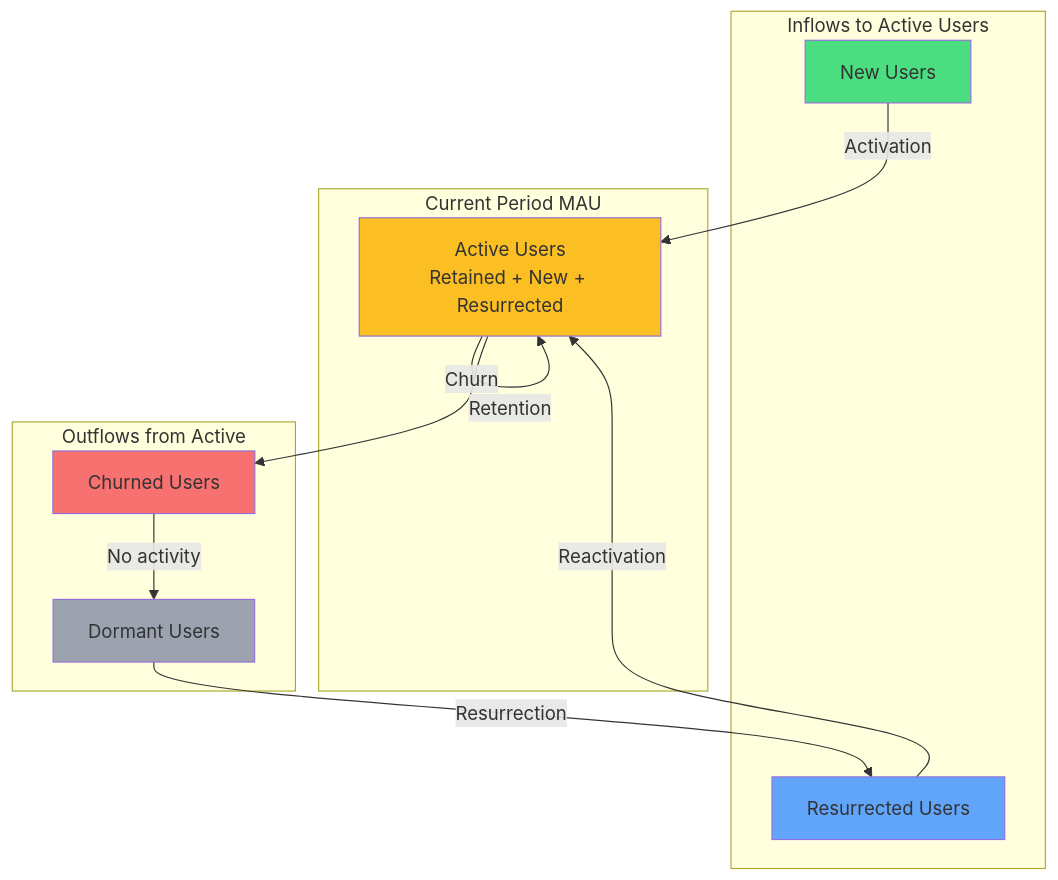
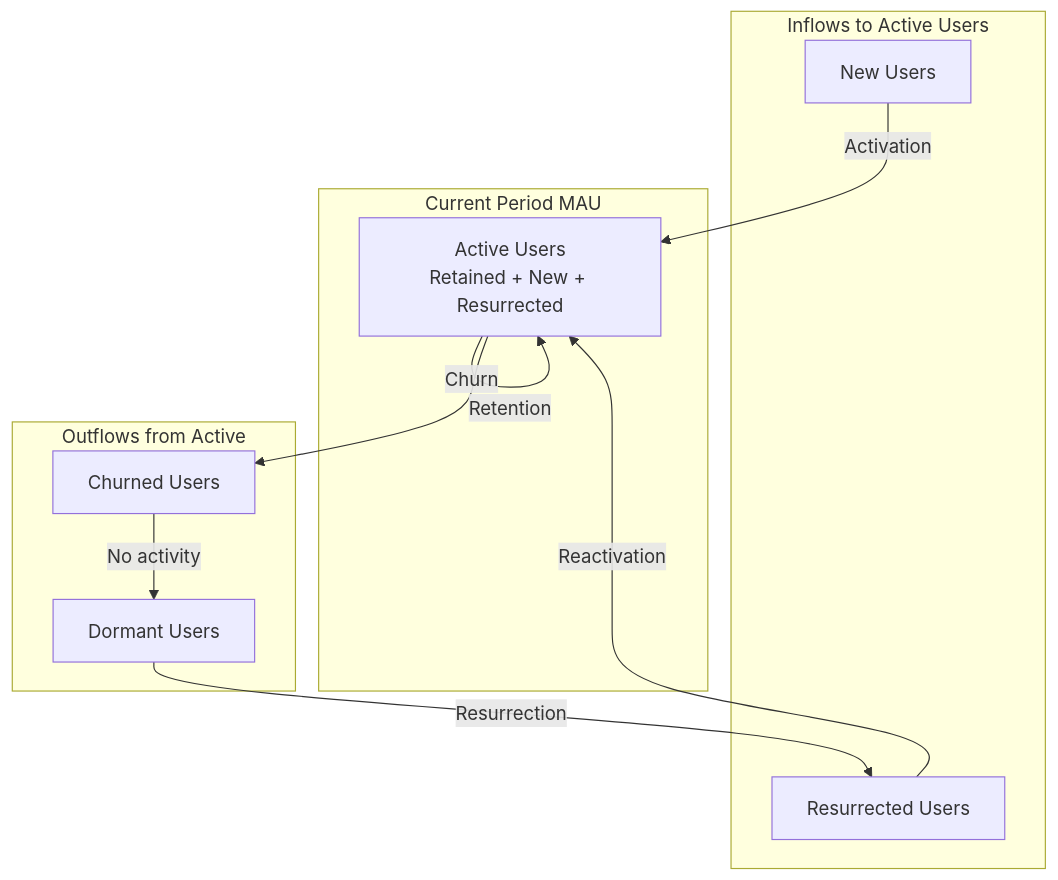
Before and after one commit to victoremnm/victoremnm.github.io: the first of 4 diagrams in src/content/resources/growth-accounting-framework.md, drawn with Mermaid.

Commit message:
style: Remove custom colors from first mermaid chart

````diff
--- a/src/content/resources/growth-accounting-framework.md
+++ b/src/content/resources/growth-accounting-framework.md
@@ -24,29 +24,23 @@
 ```mermaid
 flowchart TB
     subgraph Inflows["Inflows to Active Users"]
         NEW[New Users]
         RES[Resurrected Users]
     end
 
     subgraph Current["Current Period MAU"]
         ACTIVE[Active Users<br/>Retained + New + Resurrected]
     end
 
     subgraph Outflows["Outflows from Active"]
         CHURNED[Churned Users]
         DORMANT[Dormant Users]
     end
 
     NEW -->|Activation| ACTIVE
     RES -->|Reactivation| ACTIVE
     ACTIVE -->|Retention| ACTIVE
     ACTIVE -->|Churn| CHURNED
     CHURNED -->|No activity| DORMANT
     DORMANT -->|Resurrection| RES
-
-    style NEW fill:#4ade80
-    style RES fill:#60a5fa
-    style ACTIVE fill:#fbbf24
-    style CHURNED fill:#f87171
-    style DORMANT fill:#9ca3af
 ```
````
